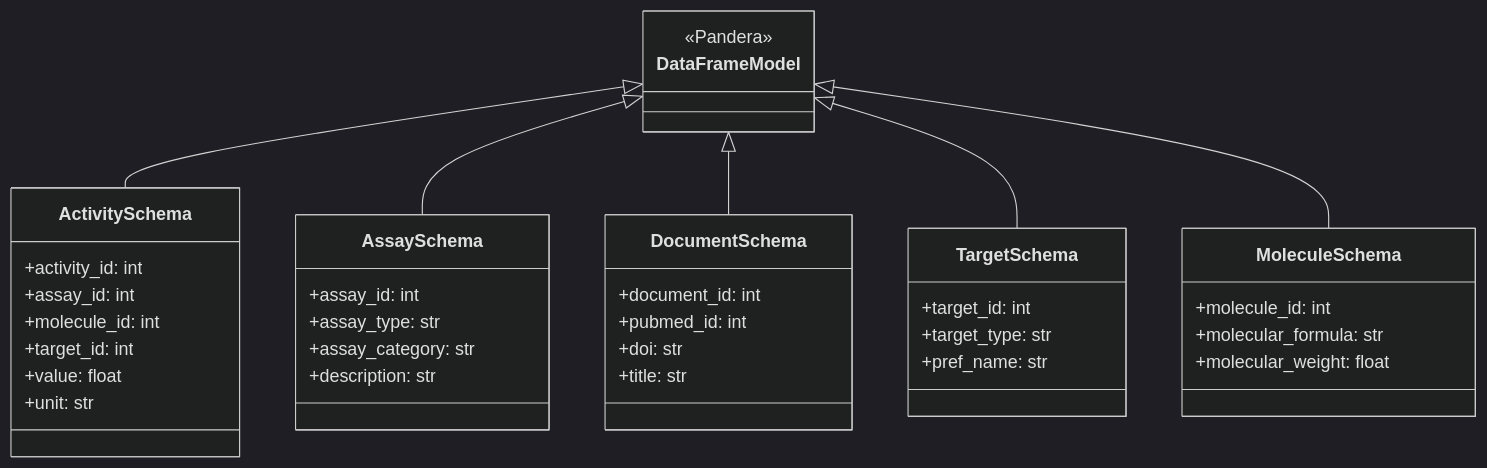
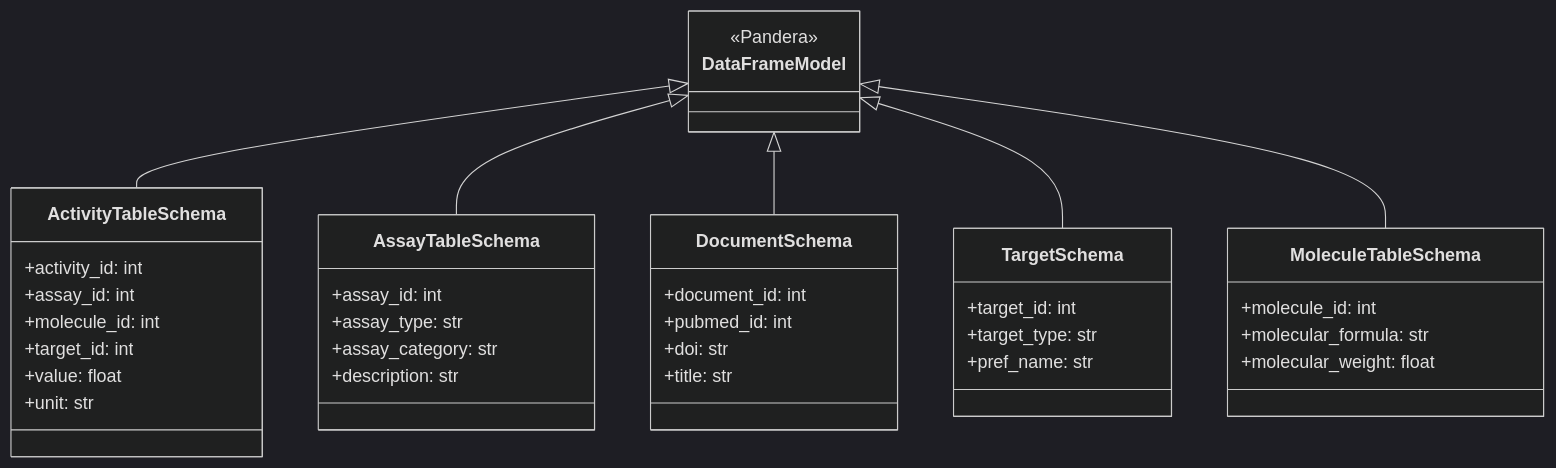
Before and after one commit to SatoryKono/BioactivityDataAcquisition: the fifth of 10 diagrams in docs/architecture/14-class-diagrams-domain.md, drawn with Mermaid (dark theme). The commit also changed 26 other files, not shown here.

Commit message:
Rename ChEMBL raw payload and table schema classes

````diff
--- a/docs/architecture/14-class-diagrams-domain.md
+++ b/docs/architecture/14-class-diagrams-domain.md
@@ -177,50 +177,50 @@
 ```mermaid
 ---
 id: 023d3963-24e3-4381-9d3b-0b2c34a5685b
 ---
 classDiagram
     class DataFrameModel {
         <<Pandera>>
     }
 
-    class ActivitySchema {
+    class ActivityTableSchema {
         +activity_id: int
         +assay_id: int
         +molecule_id: int
         +target_id: int
         +value: float
         +unit: str
     }
 
-    class AssaySchema {
+    class AssayTableSchema {
         +assay_id: int
         +assay_type: str
         +assay_category: str
         +description: str
     }
 
     class DocumentSchema {
         +document_id: int
         +pubmed_id: int
         +doi: str
         +title: str
     }
 
     class TargetSchema {
         +target_id: int
         +target_type: str
         +pref_name: str
     }
 
-    class MoleculeSchema {
+    class MoleculeTableSchema {
         +molecule_id: int
         +molecular_formula: str
         +molecular_weight: float
     }
 
-    DataFrameModel <|-- ActivitySchema
-    DataFrameModel <|-- AssaySchema
+    DataFrameModel <|-- ActivityTableSchema
+    DataFrameModel <|-- AssayTableSchema
     DataFrameModel <|-- DocumentSchema
     DataFrameModel <|-- TargetSchema
-    DataFrameModel <|-- MoleculeSchema
+    DataFrameModel <|-- MoleculeTableSchema
 ```
````
